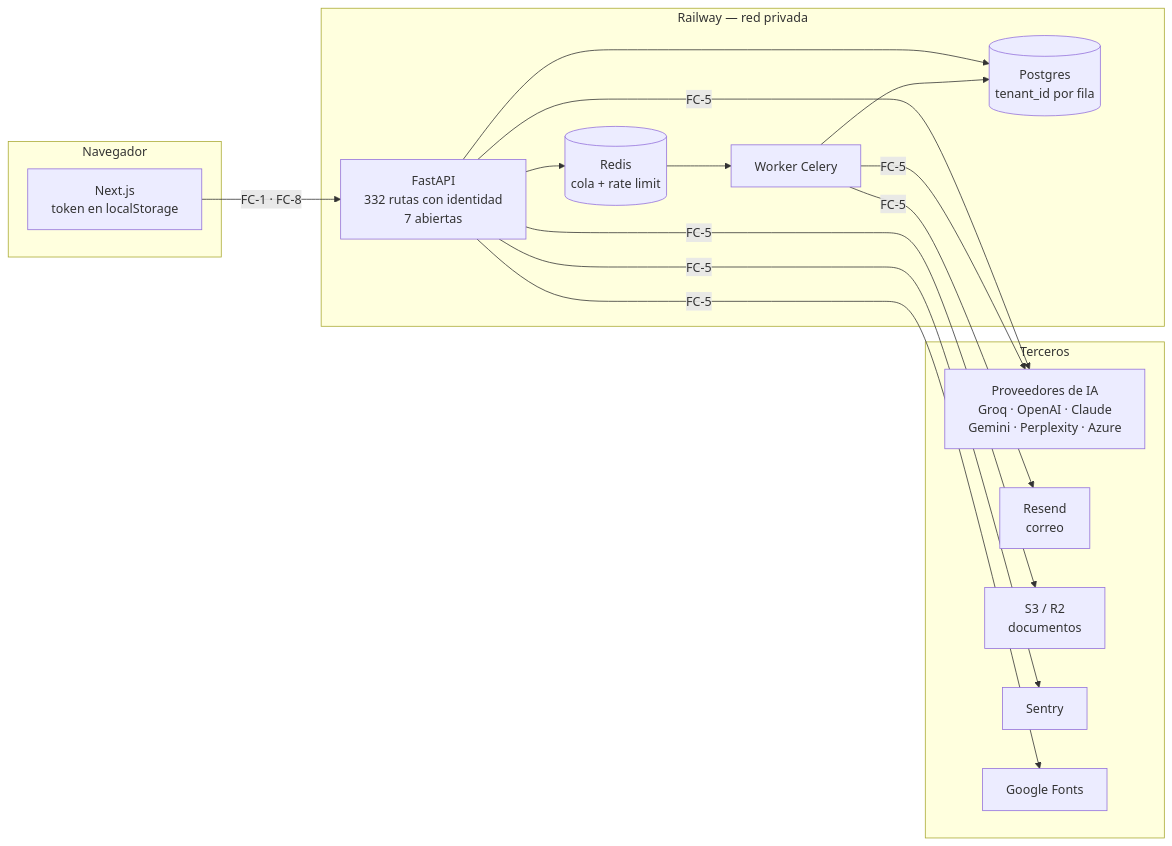
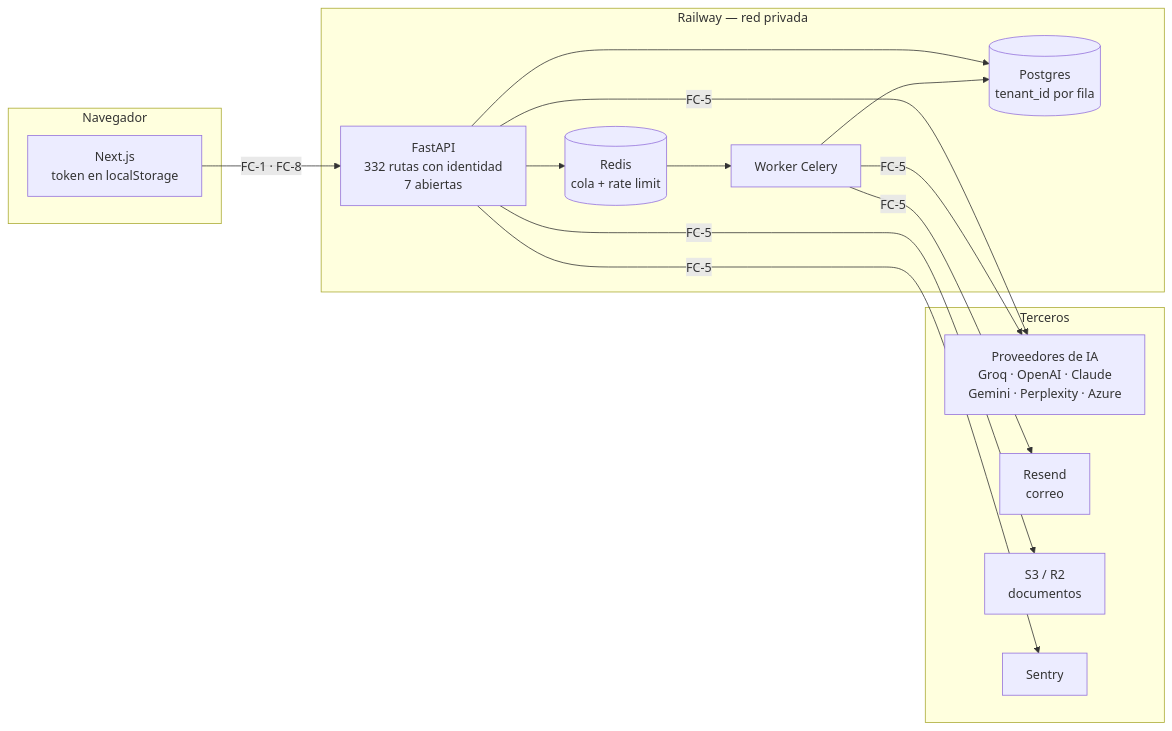
The diagram in docs/architecture/modelo-amenazas.md (xguilxr/pmo_aas), drawn with Mermaid before and after one commit. The commit also changed other lines of this file and 17 other files, not shown here.

````diff
--- a/docs/architecture/modelo-amenazas.md
+++ b/docs/architecture/modelo-amenazas.md
@@ -49,31 +49,29 @@
 ```mermaid
 flowchart LR
     subgraph nav[Navegador]
         W[Next.js<br/>token en localStorage]
     end
     subgraph railway[Railway — red privada]
         A[FastAPI<br/>332 rutas con identidad<br/>7 abiertas]
         K[Worker Celery]
         P[(Postgres<br/>tenant_id por fila)]
         R[(Redis<br/>cola + rate limit)]
     end
     subgraph fuera[Terceros]
         IA[Proveedores de IA<br/>Groq · OpenAI · Claude<br/>Gemini · Perplexity · Azure]
         M[Resend<br/>correo]
         S[S3 / R2<br/>documentos]
         SE[Sentry]
-        F[Google Fonts]
     end
 
     W -->|FC-1 · FC-8| A
     A --> P
     A --> R
     R --> K
     K --> P
     A -->|FC-5| IA
     K -->|FC-5| IA
     K -->|FC-5| M
     A -->|FC-5| S
     A -->|FC-5| SE
-    A -->|FC-5| F
 ```
````
